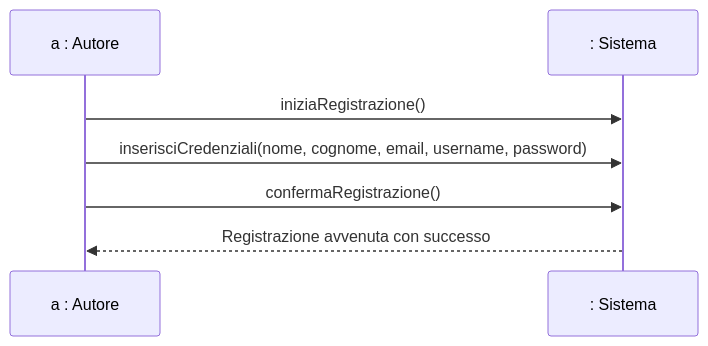
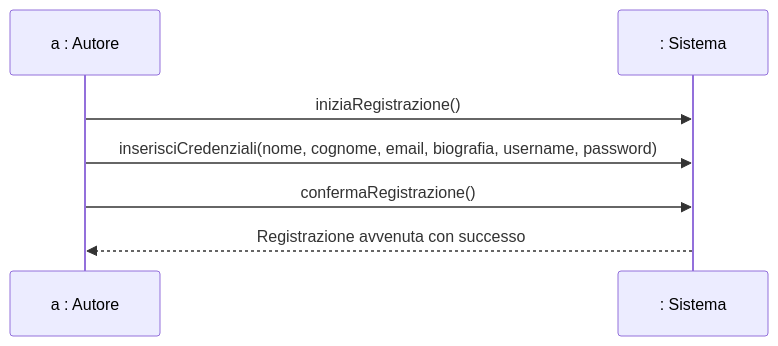
Before and after one commit to SicMic/Quix: the second of 11 diagrams in README.md, drawn with Mermaid. The commit also changed other lines of this file and 14 other files, not shown here.

````diff
--- a/README.md
+++ b/README.md
@@ -111,10 +113,10 @@
 ```mermaid
 sequenceDiagram
     participant A as a : Autore
     participant S as : Sistema
 
     A->>S: iniziaRegistrazione()
-    A->>S: inserisciCredenziali(nome, cognome, email, username, password)
+    A->>S: inserisciCredenziali(nome, cognome, email, biografia, username, password)
     A->>S: confermaRegistrazione()
     S-->>A: Registrazione avvenuta con successo
 ```
````
